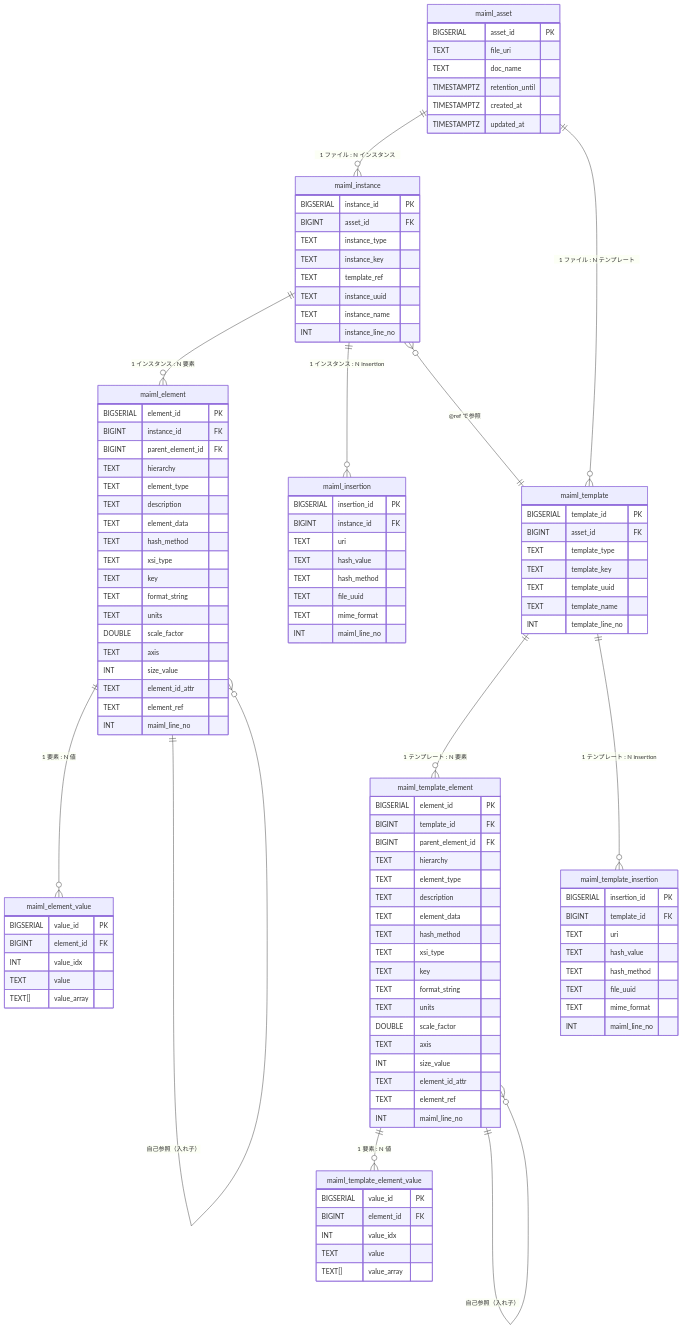
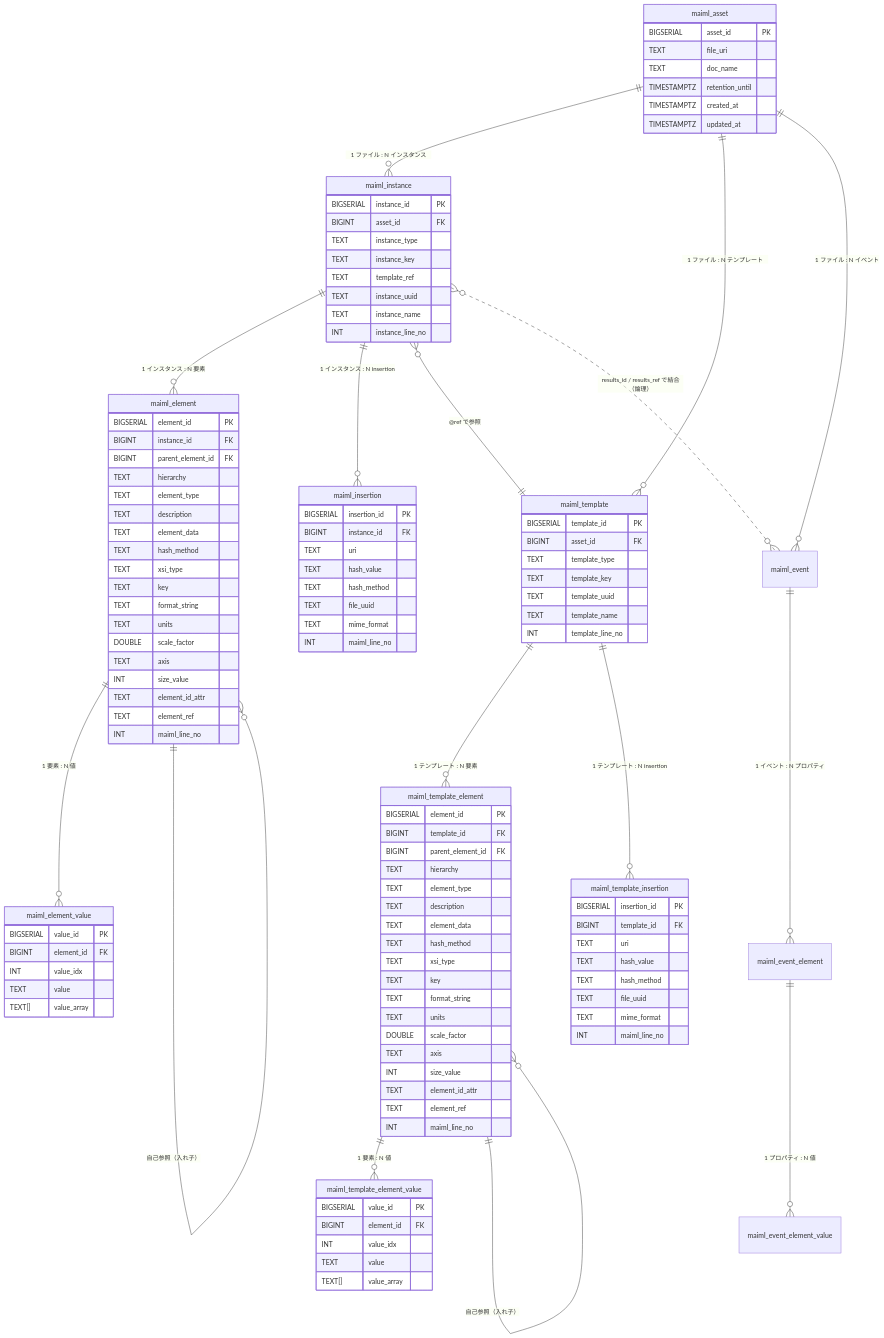
One commit to HisashiShimada/AlcheMia_Prod_PH2 changed the diagram in docs/MaiML_OpenData_Pipeline/db.md. Above: the diagram before and after it, drawn with Mermaid. The commit also changed other lines of this file and 3 other files, not shown here.

````diff
--- a/docs/MaiML_OpenData_Pipeline/db.md
+++ b/docs/MaiML_OpenData_Pipeline/db.md
@@ -207,4 +221,8 @@
     maiml_template_element ||--o{ maiml_template_element_value : "1 要素 : N 値"
     maiml_template_element ||--o{ maiml_template_element : "自己参照（入れ子）"
     maiml_instance }o--|| maiml_template : "@ref で参照"
+    maiml_asset ||--o{ maiml_event : "1 ファイル : N イベント"
+    maiml_event ||--o{ maiml_event_element : "1 イベント : N プロパティ"
+    maiml_event_element ||--o{ maiml_event_element_value : "1 プロパティ : N 値"
+    maiml_instance }o..o{ maiml_event : "results_id / results_ref で結合（論理）"
 ```
````
